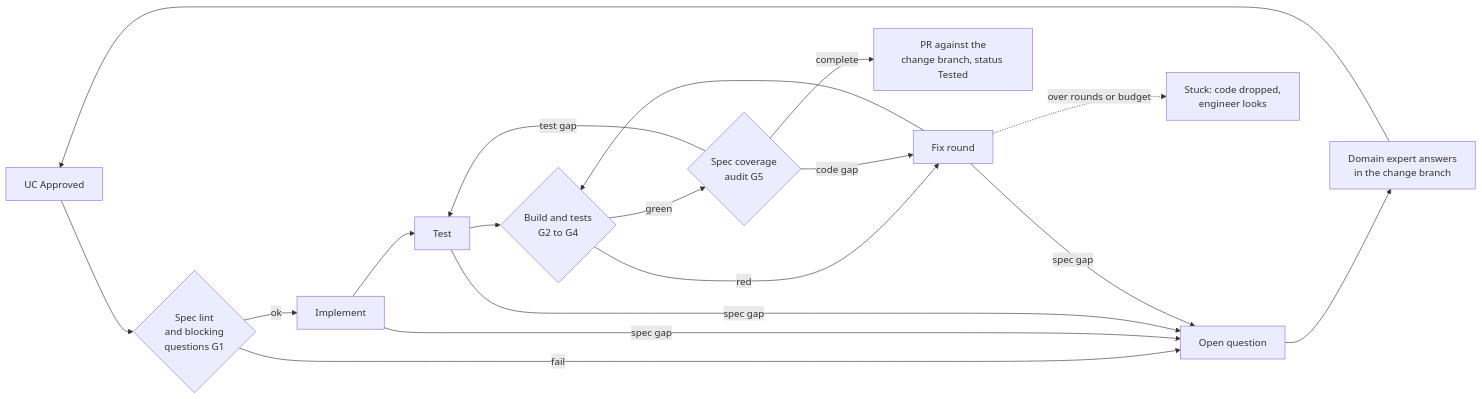
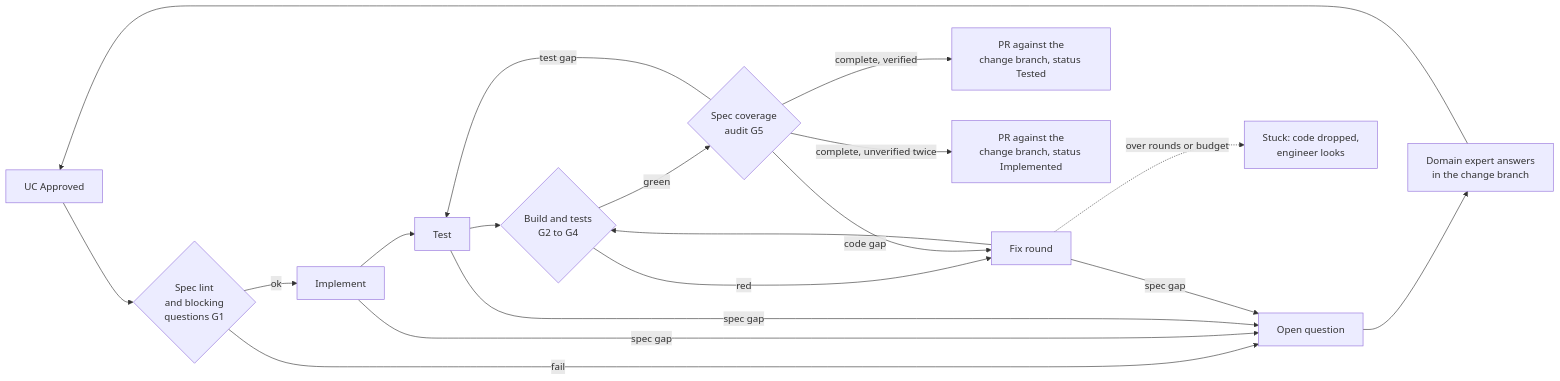
The diagram in docs/werkstatt-architecture.md (AI-Unified-Process/marketplace), drawn with Mermaid before and after one commit. The commit also changed other lines of this file and 7 other files, not shown here.

````diff
--- a/docs/werkstatt-architecture.md
+++ b/docs/werkstatt-architecture.md
@@ -54,20 +54,21 @@
 ```mermaid
 flowchart LR
     A[UC Approved] --> G1{Spec lint<br/>and blocking<br/>questions G1}
     G1 -- ok --> I[Implement]
     I --> T[Test]
     T --> B{Build and tests<br/>G2 to G4}
     B -- green --> C{Spec coverage<br/>audit G5}
     B -- red --> F[Fix round]
     C -- code gap --> F
     C -- test gap --> T
     F --> B
-    C -- complete --> P[PR against the<br/>change branch, status Tested]
+    C -- complete, verified --> P[PR against the<br/>change branch, status Tested]
+    C -- complete, unverified twice --> P2[PR against the<br/>change branch, status Implemented]
     G1 -- fail --> Q[Open question]
     I -- spec gap --> Q
     T -- spec gap --> Q
     F -- spec gap --> Q
     Q --> D[Domain expert answers<br/>in the change branch]
     D --> A
     F -. over rounds or budget .-> S[Stuck: code dropped,<br/>engineer looks]
 ```
````
